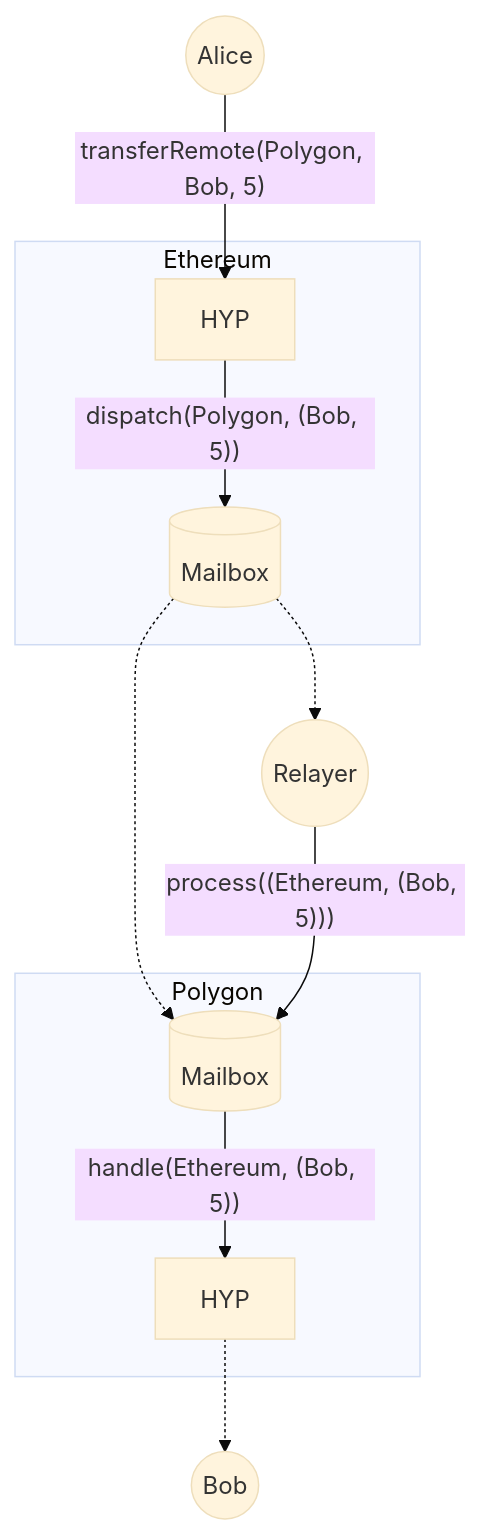
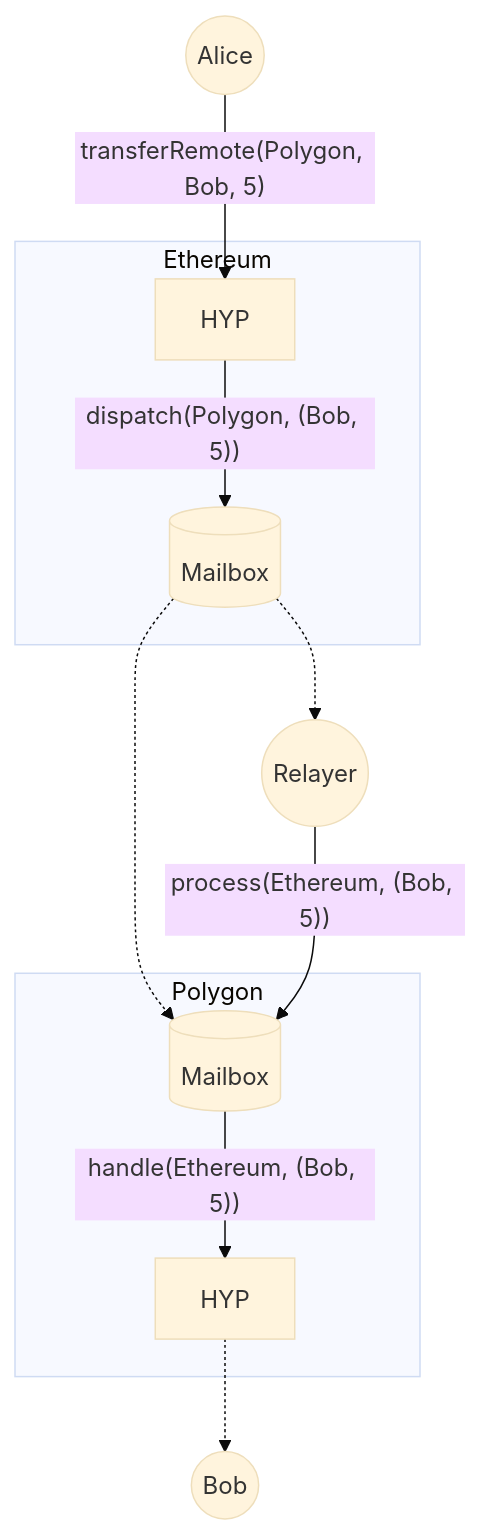
Before and after one commit to hyperlane-xyz/hyperlane-token: the diagram in README.md, drawn with Mermaid.

````diff
--- a/README.md
+++ b/README.md
@@ -5,26 +5,26 @@
 ```mermaid
 %%{init: {'theme':'base'}}%%
 graph TB
     Alice((Alice))
     Relayer((Relayer))
 
     subgraph "Ethereum"
         HYP_E[HYP]
         M_E[(Mailbox)]
     end
 
     subgraph "Polygon"
         HYP_P[HYP]
         M_P[(Mailbox)]
     end
 
     Bob((Bob))
 
     Alice -- "transferRemote(Polygon, Bob, 5)" --> HYP_E
     HYP_E -- "dispatch(Polygon, (Bob, 5))" --> M_E
     M_E-.->Relayer
     M_E-.->M_P
-    Relayer -- "process((Ethereum, (Bob, 5)))" --> M_P
+    Relayer -- "process(Ethereum, (Bob, 5))" --> M_P
     M_P-->|"handle(Ethereum, (Bob, 5))"|HYP_P
     HYP_P-.->Bob
 ```
````
